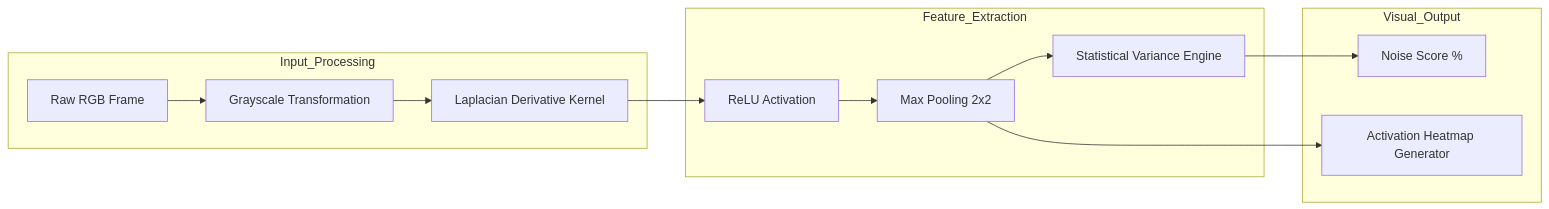
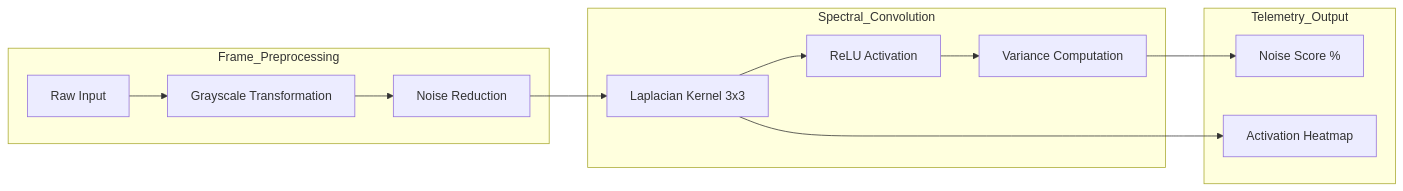
The second of 3 diagrams in documentation.md (ritvikindupuri/FSD_Security), drawn with Mermaid before and after one commit. The commit also changed other lines of this file, not shown here.

````diff
--- a/documentation.md
+++ b/documentation.md
@@ -66,18 +75,18 @@
 ```mermaid
 graph LR
-    subgraph Input_Processing
-    I[Raw RGB Frame] --> GS[Grayscale Transformation]
-    GS --> LT[Laplacian Derivative Kernel]
+    subgraph Frame_Preprocessing
+    I[Raw Input] --> GS[Grayscale Transformation]
+    GS --> NR[Noise Reduction]
     end
     
-    subgraph Feature_Extraction
+    subgraph Spectral_Convolution
+    NR --> LT[Laplacian Kernel 3x3]
     LT --> AC[ReLU Activation]
-    AC --> MP[Max Pooling 2x2]
-    MP --> VAR[Statistical Variance Engine]
+    AC --> VAR[Variance Computation]
     end
     
-    subgraph Visual_Output
+    subgraph Telemetry_Output
     VAR --> NS[Noise Score %]
-    MP --> HM[Activation Heatmap Generator]
+    LT --> HM[Activation Heatmap]
     end
 ```
````
